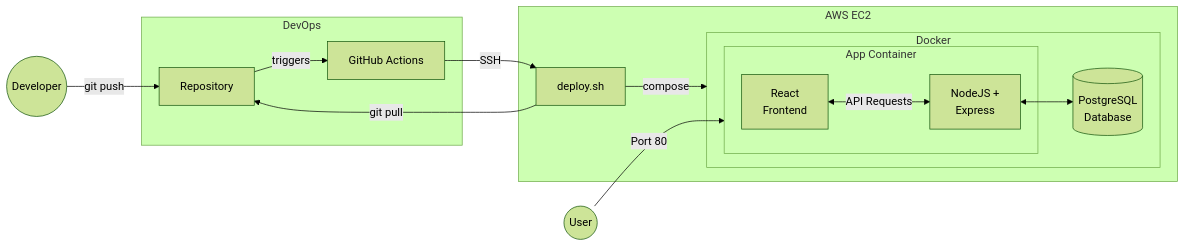
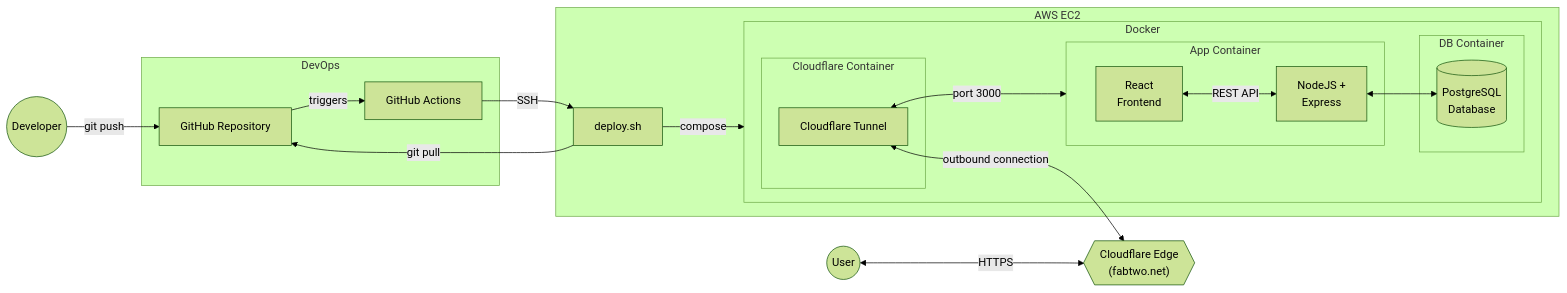
Before and after one commit to jarkmaen/beatles-website: the diagram in README.md, drawn with Mermaid (forest theme).

Commit message:
updated README mermaid graph [skip ci]

````diff
--- a/README.md
+++ b/README.md
@@ -7,34 +7,43 @@
 ```mermaid
 graph LR
+    CF{{"Cloudflare Edge<br/>(fabtwo.net)"}}
     Developer((Developer))
     User((User))
 
     subgraph AWS [AWS EC2]
         Deploy[deploy.sh]
 
         subgraph Docker [Docker]
-            subgraph Container [App Container]
+            subgraph AppContainer [App Container]
                 Frontend[React<br/>Frontend]
                 Backend[NodeJS +<br/>Express]
             end
 
-            DB[(PostgreSQL<br/>Database)]
+            subgraph DBContainer [DB Container]
+                DB[(PostgreSQL<br/>Database)]
+            end
+
+            subgraph TunnelContainer [Cloudflare Container]
+                Tunnel[Cloudflare Tunnel]
+            end
         end
     end
 
     subgraph DevOps [DevOps]
-        Repository[Repository]
+        Repository[GitHub Repository]
         Actions[GitHub Actions]
     end
 
     Developer -- "git push" --> Repository
     Repository -- "triggers" --> Actions
     Actions -- "SSH" --> Deploy
     Deploy -- "git pull" --> Repository
     Deploy -- "compose" --> Docker
 
-    Frontend <--> |"API Requests"| Backend
+    Frontend <-- REST API --> Backend
     Backend <--> DB
 
-    User -- "Port 80" --> Container
+    User <-- "HTTPS" --> CF
+    Tunnel <-- "outbound connection" --> CF
+    Tunnel <-- "port 3000" --> AppContainer
 ```
````
